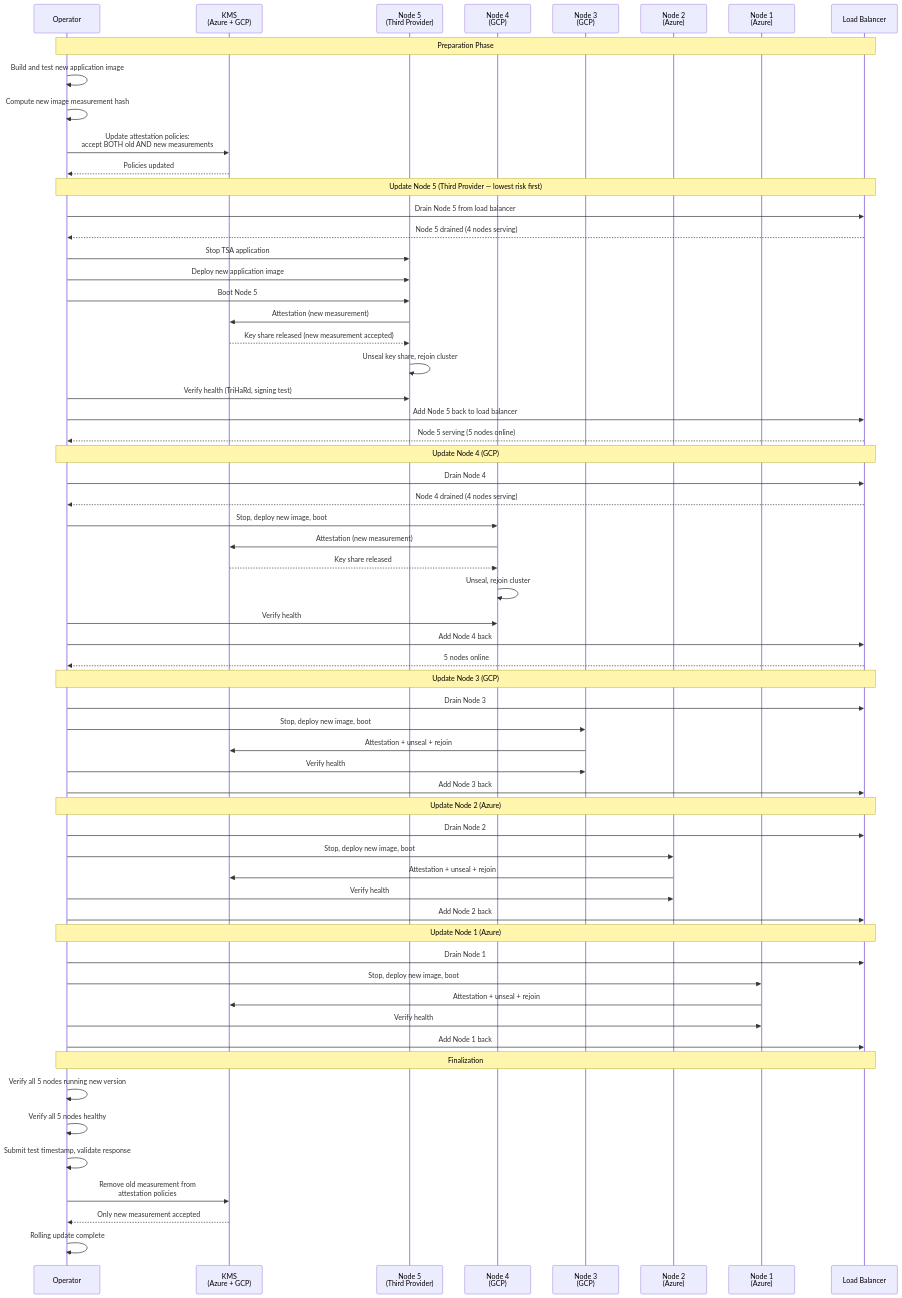
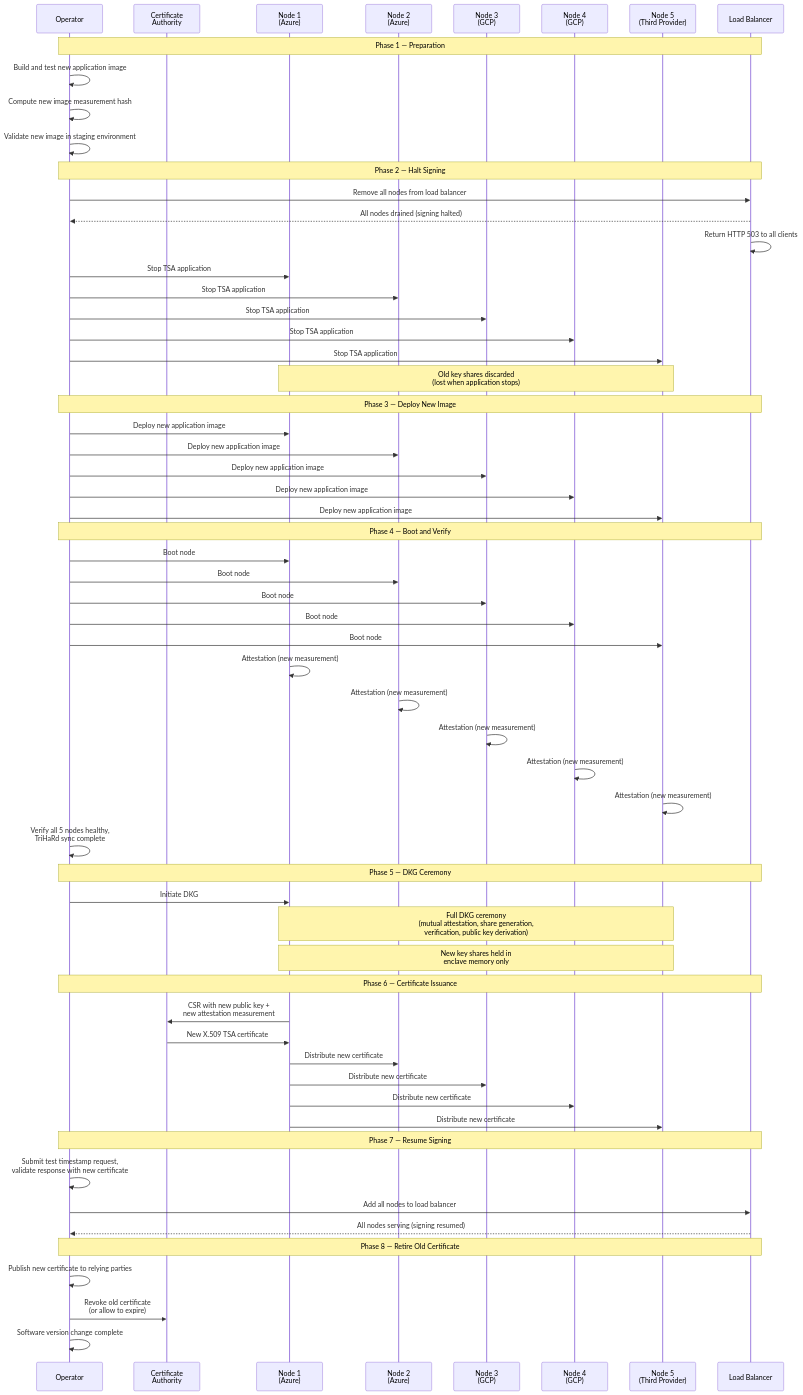
One commit to NickBorgers/confidential-computing-tsa changed the fifth of 7 diagrams in docs/05-operations-and-deployment.md. Above: the diagram before and after it, drawn with Mermaid. The commit also changed other lines of this file and 1 other file, not shown here.

First line of the commit message:
Adopt immutable software + ephemeral key model (Phase 2)

````diff
--- a/docs/05-operations-and-deployment.md
+++ b/docs/05-operations-and-deployment.md
@@ -595,77 +583,78 @@
 ```mermaid
 sequenceDiagram
     participant Op as Operator
-    participant KMS as KMS<br/>(Azure + GCP)
+    participant CA as Certificate<br/>Authority
+    participant N1 as Node 1<br/>(Azure)
+    participant N2 as Node 2<br/>(Azure)
+    participant N3 as Node 3<br/>(GCP)
+    participant N4 as Node 4<br/>(GCP)
     participant N5 as Node 5<br/>(Third Provider)
-    participant N4 as Node 4<br/>(GCP)
-    participant N3 as Node 3<br/>(GCP)
-    participant N2 as Node 2<br/>(Azure)
-    participant N1 as Node 1<br/>(Azure)
     participant LB as Load Balancer
 
-    Note over Op,LB: Preparation Phase
+    Note over Op,LB: Phase 1 — Preparation
 
     Op->>Op: Build and test new application image
     Op->>Op: Compute new image measurement hash
-    Op->>KMS: Update attestation policies:<br/>accept BOTH old AND new measurements
-    KMS-->>Op: Policies updated
+    Op->>Op: Validate new image in staging environment
 
-    Note over Op,LB: Update Node 5 (Third Provider — lowest risk first)
+    Note over Op,LB: Phase 2 — Halt Signing
 
-    Op->>LB: Drain Node 5 from load balancer
-    LB-->>Op: Node 5 drained (4 nodes serving)
+    Op->>LB: Remove all nodes from load balancer
+    LB-->>Op: All nodes drained (signing halted)
+    LB->>LB: Return HTTP 503 to all clients
+    Op->>N1: Stop TSA application
+    Op->>N2: Stop TSA application
+    Op->>N3: Stop TSA application
+    Op->>N4: Stop TSA application
     Op->>N5: Stop TSA application
+    Note over N1,N5: Old key shares discarded<br/>(lost when application stops)
+
+    Note over Op,LB: Phase 3 — Deploy New Image
+
+    Op->>N1: Deploy new application image
+    Op->>N2: Deploy new application image
+    Op->>N3: Deploy new application image
+    Op->>N4: Deploy new application image
     Op->>N5: Deploy new application image
-    Op->>N5: Boot Node 5
-    N5->>KMS: Attestation (new measurement)
-    KMS-->>N5: Key share released (new measurement accepted)
-    N5->>N5: Unseal key share, rejoin cluster
-    Op->>N5: Verify health (TriHaRd, signing test)
-    Op->>LB: Add Node 5 back to load balancer
-    LB-->>Op: Node 5 serving (5 nodes online)
 
-    Note over Op,LB: Update Node 4 (GCP)
+    Note over Op,LB: Phase 4 — Boot and Verify
 
-    Op->>LB: Drain Node 4
-    LB-->>Op: Node 4 drained (4 nodes serving)
-    Op->>N4: Stop, deploy new image, boot
-    N4->>KMS: Attestation (new measurement)
-    KMS-->>N4: Key share released
-    N4->>N4: Unseal, rejoin cluster
-    Op->>N4: Verify health
-    Op->>LB: Add Node 4 back
-    LB-->>Op: 5 nodes online
+    Op->>N1: Boot node
+    Op->>N2: Boot node
+    Op->>N3: Boot node
+    Op->>N4: Boot node
+    Op->>N5: Boot node
+    N1->>N1: Attestation (new measurement)
+    N2->>N2: Attestation (new measurement)
+    N3->>N3: Attestation (new measurement)
+    N4->>N4: Attestation (new measurement)
+    N5->>N5: Attestation (new measurement)
+    Op->>Op: Verify all 5 nodes healthy,<br/>TriHaRd sync complete
 
-    Note over Op,LB: Update Node 3 (GCP)
+    Note over Op,LB: Phase 5 — DKG Ceremony
 
-    Op->>LB: Drain Node 3
-    Op->>N3: Stop, deploy new image, boot
-    N3->>KMS: Attestation + unseal + rejoin
-    Op->>N3: Verify health
-    Op->>LB: Add Node 3 back
+    Op->>N1: Initiate DKG
+    Note over N1,N5: Full DKG ceremony<br/>(mutual attestation, share generation,<br/>verification, public key derivation)
+    Note over N1,N5: New key shares held in<br/>enclave memory only
 
-    Note over Op,LB: Update Node 2 (Azure)
+    Note over Op,LB: Phase 6 — Certificate Issuance
 
-    Op->>LB: Drain Node 2
-    Op->>N2: Stop, deploy new image, boot
-    N2->>KMS: Attestation + unseal + rejoin
-    Op->>N2: Verify health
-    Op->>LB: Add Node 2 back
+    N1->>CA: CSR with new public key +<br/>new attestation measurement
+    CA->>N1: New X.509 TSA certificate
+    N1->>N2: Distribute new certificate
+    N1->>N3: Distribute new certificate
+    N1->>N4: Distribute new certificate
+    N1->>N5: Distribute new certificate
 
-    Note over Op,LB: Update Node 1 (Azure)
+    Note over Op,LB: Phase 7 — Resume Signing
 
-    Op->>LB: Drain Node 1
-    Op->>N1: Stop, deploy new image, boot
-    N1->>KMS: Attestation + unseal + rejoin
-    Op->>N1: Verify health
-    Op->>LB: Add Node 1 back
+    Op->>Op: Submit test timestamp request,<br/>validate response with new certificate
+    Op->>LB: Add all nodes to load balancer
+    LB-->>Op: All nodes serving (signing resumed)
 
-    Note over Op,LB: Finalization
+    Note over Op,LB: Phase 8 — Retire Old Certificate
 
-    Op->>Op: Verify all 5 nodes running new version
-    Op->>Op: Verify all 5 nodes healthy
-    Op->>Op: Submit test timestamp, validate response
-    Op->>KMS: Remove old measurement from<br/>attestation policies
-    KMS-->>Op: Only new measurement accepted
-    Op->>Op: Rolling update complete
+    Op->>Op: Publish new certificate to relying parties
+    Op->>CA: Revoke old certificate<br/>(or allow to expire)
+    Op->>Op: Software version change complete
 ```
````
